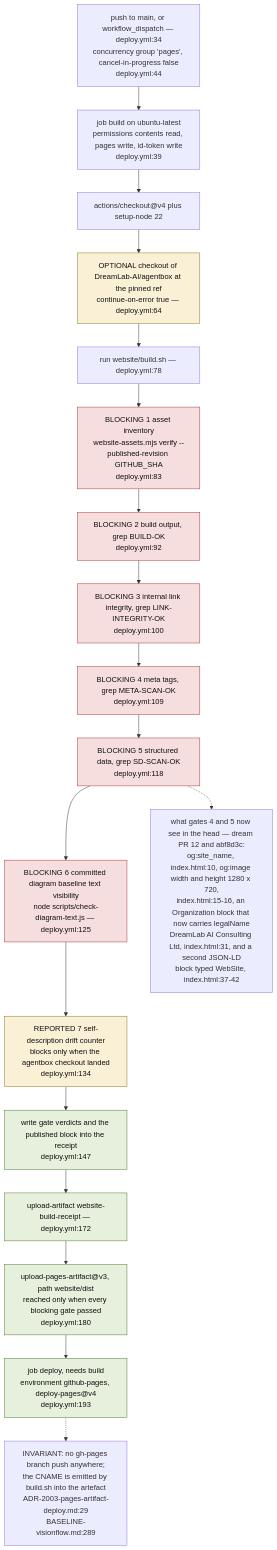
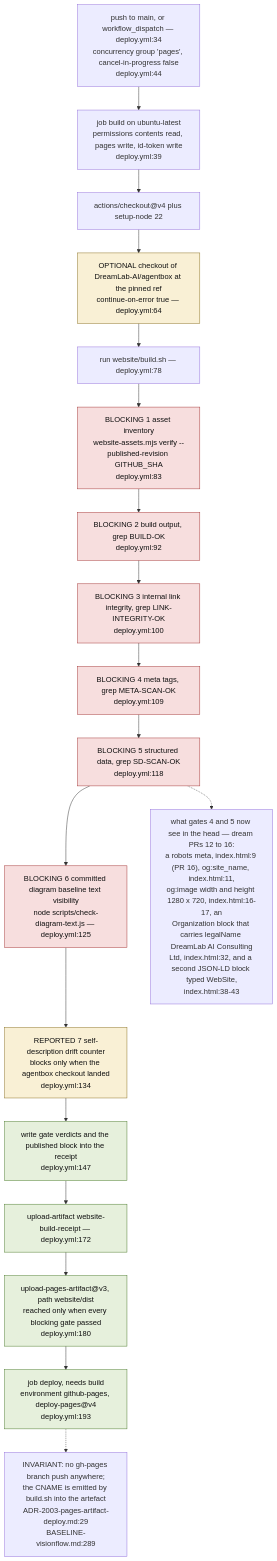
The sixth of 12 diagrams in docs/diagrams/visionflow/02-website-build-and-deploy.md (DreamLab-AI/VisionFlow), drawn with Mermaid before and after one commit. The commit also changed other lines of this file and 21 other files, not shown here.

Commit message:
docs(diagrams): refresh first verified estate batch

````diff
--- a/docs/diagrams/visionflow/02-website-build-and-deploy.md
+++ b/docs/diagrams/visionflow/02-website-build-and-deploy.md
@@ -190,31 +190,31 @@
 ```mermaid
 flowchart TB
     classDef block fill:#f7dede,stroke:#a33333,color:#111
     classDef report fill:#f9f0d5,stroke:#8a7020,color:#111
     classDef ok fill:#e6f0dc,stroke:#4a7a2a,color:#111
 
     TRIG["push to main, or workflow_dispatch — deploy.yml:34<br/>concurrency group 'pages', cancel-in-progress false<br/>deploy.yml:44"]
     TRIG --> J1["job build on ubuntu-latest<br/>permissions contents read, pages write, id-token write<br/>deploy.yml:39"]
 
     J1 --> CO["actions/checkout@v4 plus setup-node 22"]
     CO --> AB["OPTIONAL checkout of DreamLab-AI/agentbox at the pinned ref<br/>continue-on-error true — deploy.yml:64"]:::report
     AB --> BUILD["run website/build.sh — deploy.yml:78"]
 
     BUILD --> G1["BLOCKING 1 asset inventory<br/>website-assets.mjs verify --published-revision GITHUB_SHA<br/>deploy.yml:83"]:::block
     G1 --> G2["BLOCKING 2 build output, grep BUILD-OK<br/>deploy.yml:92"]:::block
     G2 --> G3["BLOCKING 3 internal link integrity, grep LINK-INTEGRITY-OK<br/>deploy.yml:100"]:::block
     G3 --> G4["BLOCKING 4 meta tags, grep META-SCAN-OK<br/>deploy.yml:109"]:::block
     G4 --> G5["BLOCKING 5 structured data, grep SD-SCAN-OK<br/>deploy.yml:118"]:::block
     G5 --> G6["BLOCKING 6 committed diagram baseline text visibility<br/>node scripts/check-diagram-text.js — deploy.yml:125"]:::block
     G6 --> G7["REPORTED 7 self-description drift counter<br/>blocks only when the agentbox checkout landed<br/>deploy.yml:134"]:::report
 
-    HEAD["what gates 4 and 5 now see in the head — dream PR 12 and abf8d3c:<br/>og:site_name, index.html:10, og:image width and height 1280 x 720,<br/>index.html:15-16, an Organization block that now carries legalName<br/>DreamLab AI Consulting Ltd, index.html:31, and a second JSON-LD<br/>block typed WebSite, index.html:37-42"]
+    HEAD["what gates 4 and 5 now see in the head — dream PRs 12 to 16:<br/>a robots meta, index.html:9 (PR 16), og:site_name, index.html:11,<br/>og:image width and height 1280 x 720, index.html:16-17, an<br/>Organization block that carries legalName DreamLab AI Consulting<br/>Ltd, index.html:32, and a second JSON-LD block typed WebSite,<br/>index.html:38-43"]
     G5 -.-> HEAD
     G7 --> REC["write gate verdicts and the published block into the receipt<br/>deploy.yml:147"]:::ok
     REC --> UPR["upload-artifact website-build-receipt — deploy.yml:172"]:::ok
     UPR --> UP["upload-pages-artifact@v3, path website/dist<br/>reached only when every blocking gate passed<br/>deploy.yml:180"]:::ok
     UP --> J2["job deploy, needs build<br/>environment github-pages, deploy-pages@v4<br/>deploy.yml:193"]:::ok
 
     INV["INVARIANT: no gh-pages branch push anywhere;<br/>the CNAME is emitted by build.sh into the artefact<br/>ADR-2003-pages-artifact-deploy.md:29<br/>BASELINE-visionflow.md:289"]
     J2 -.-> INV
 ```
````
